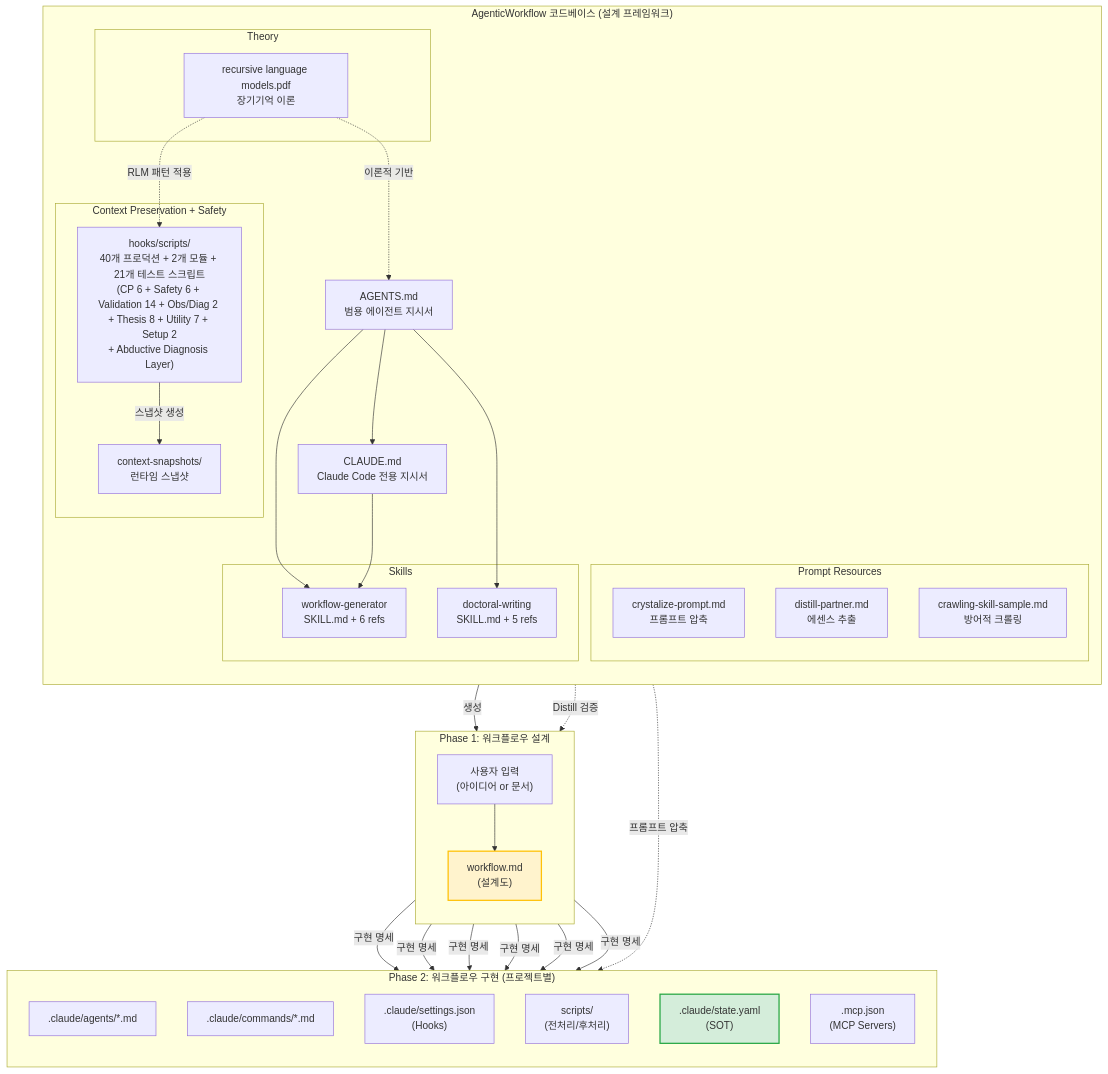
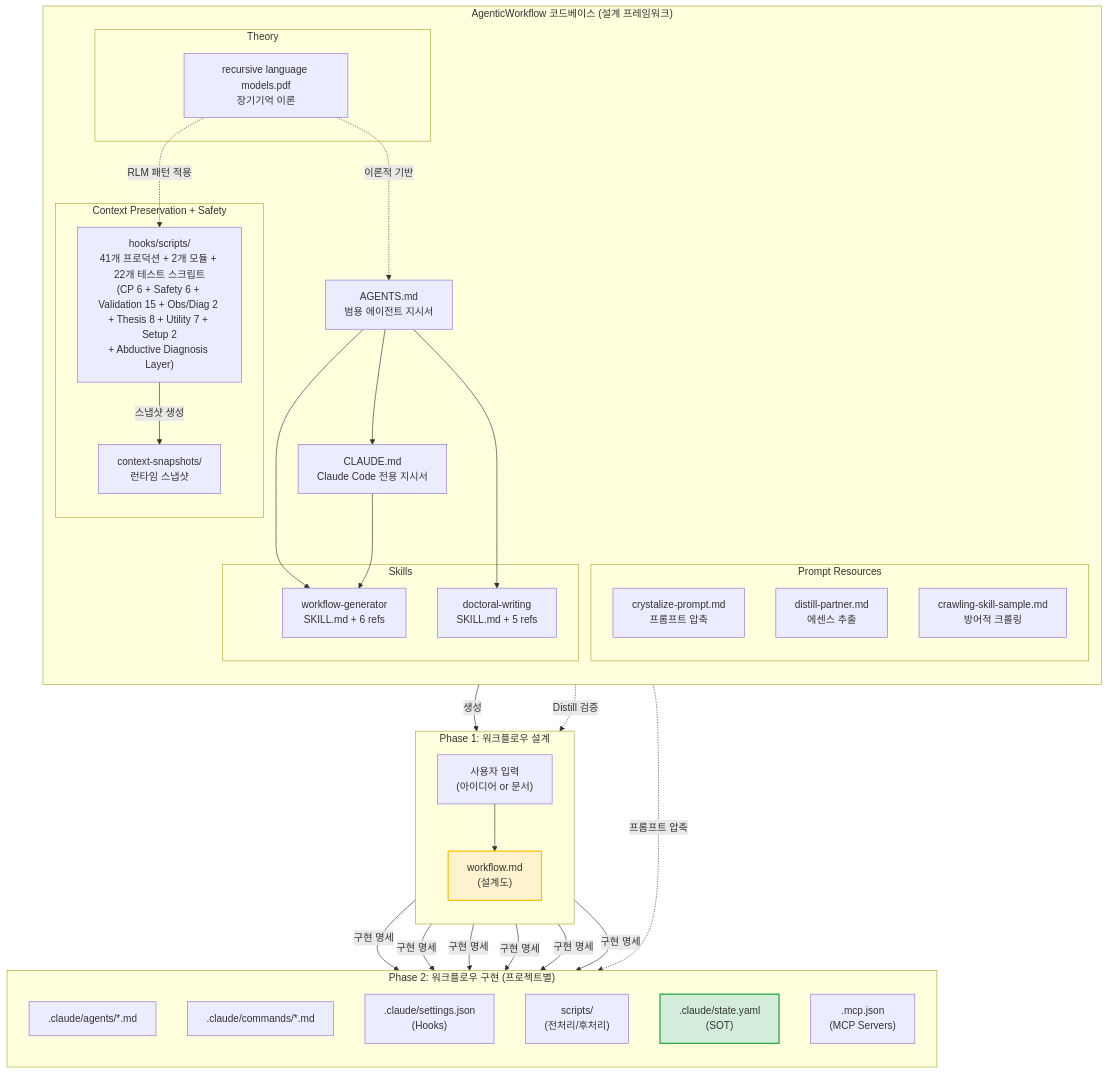
Before and after one commit to yfchyun/Dissertation-Simulator-AgenticWorkflow: the third of 14 diagrams in AGENTICWORKFLOW-ARCHITECTURE-AND-PHILOSOPHY.md, drawn with Mermaid. The commit also changed 20 other files, not shown here.

````diff
--- a/AGENTICWORKFLOW-ARCHITECTURE-AND-PHILOSOPHY.md
+++ b/AGENTICWORKFLOW-ARCHITECTURE-AND-PHILOSOPHY.md
@@ -232,66 +232,66 @@
 ```mermaid
 graph TB
     subgraph "AgenticWorkflow 코드베이스 (설계 프레임워크)"
         direction TB
         CLAUDE["CLAUDE.md<br/>Claude Code 전용 지시서"]
         AGENTS["AGENTS.md<br/>범용 에이전트 지시서"]
 
         subgraph "Skills"
             WG["workflow-generator<br/>SKILL.md + 6 refs"]
             DW["doctoral-writing<br/>SKILL.md + 5 refs"]
         end
 
         subgraph "Context Preservation + Safety"
-            CPS["hooks/scripts/<br/>40개 프로덕션 + 2개 모듈 + 21개 테스트 스크립트<br/>(CP 6 + Safety 6 + Validation 14 + Obs/Diag 2 + Thesis 8 + Utility 7 + Setup 2<br/>+ Abductive Diagnosis Layer)"]
+            CPS["hooks/scripts/<br/>41개 프로덕션 + 2개 모듈 + 22개 테스트 스크립트<br/>(CP 6 + Safety 6 + Validation 15 + Obs/Diag 2 + Thesis 8 + Utility 7 + Setup 2<br/>+ Abductive Diagnosis Layer)"]
             CSS["context-snapshots/<br/>런타임 스냅샷"]
         end
 
         subgraph "Prompt Resources"
             CP["crystalize-prompt.md<br/>프롬프트 압축"]
             DP["distill-partner.md<br/>에센스 추출"]
             CS["crawling-skill-sample.md<br/>방어적 크롤링"]
         end
 
         subgraph "Theory"
             RLM["recursive language models.pdf<br/>장기기억 이론"]
         end
 
         AGENTS --> CLAUDE
         AGENTS --> WG
         AGENTS --> DW
         CLAUDE --> WG
         RLM -.->|"이론적 기반"| AGENTS
         RLM -.->|"RLM 패턴 적용"| CPS
         CPS -->|"스냅샷 생성"| CSS
     end
 
     subgraph "Phase 1: 워크플로우 설계"
         direction TB
         USER_INPUT["사용자 입력<br/>(아이디어 or 문서)"]
         WF["workflow.md<br/>(설계도)"]
         USER_INPUT --> WF
     end
 
     subgraph "Phase 2: 워크플로우 구현 (프로젝트별)"
         direction TB
         AG[".claude/agents/*.md"]
         CMD[".claude/commands/*.md"]
         HK[".claude/settings.json<br/>(Hooks)"]
         SC["scripts/<br/>(전처리/후처리)"]
         SOT[".claude/state.yaml<br/>(SOT)"]
         MCP[".mcp.json<br/>(MCP Servers)"]
     end
 
     WG -->|"생성"| WF
     DP -.->|"Distill 검증"| WF
     CP -.->|"프롬프트 압축"| AG
     WF -->|"구현 명세"| AG
     WF -->|"구현 명세"| CMD
     WF -->|"구현 명세"| HK
     WF -->|"구현 명세"| SC
     WF -->|"구현 명세"| SOT
     WF -->|"구현 명세"| MCP
 
     style WF fill:#fff3cd,stroke:#ffc107,stroke-width:2px
     style SOT fill:#d4edda,stroke:#28a745,stroke-width:2px
 ```
````
